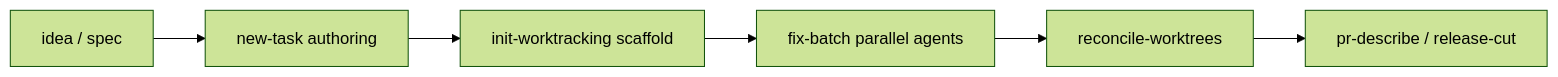
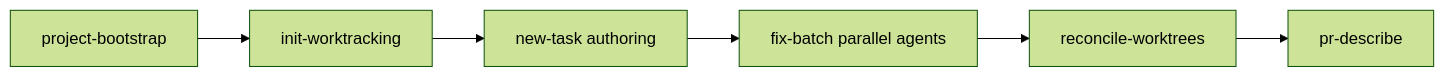
Before and after one commit to hams-ollo/zen-agent-skills: the diagram in README.md, drawn with Mermaid (forest theme). The commit also changed other lines of this file and 6 other files, not shown here.

````diff
--- a/README.md
+++ b/README.md
@@ -15,8 +15,8 @@
 ```mermaid
 flowchart LR
-  A[idea / spec] --> B[new-task authoring]
-  B --> C[init-worktracking scaffold]
+  A[project-bootstrap] --> B[init-worktracking]
+  B --> C[new-task authoring]
   C --> D[fix-batch parallel agents]
   D --> E[reconcile-worktrees]
-  E --> F[pr-describe / release-cut]
+  E --> F[pr-describe]
 ```
````
